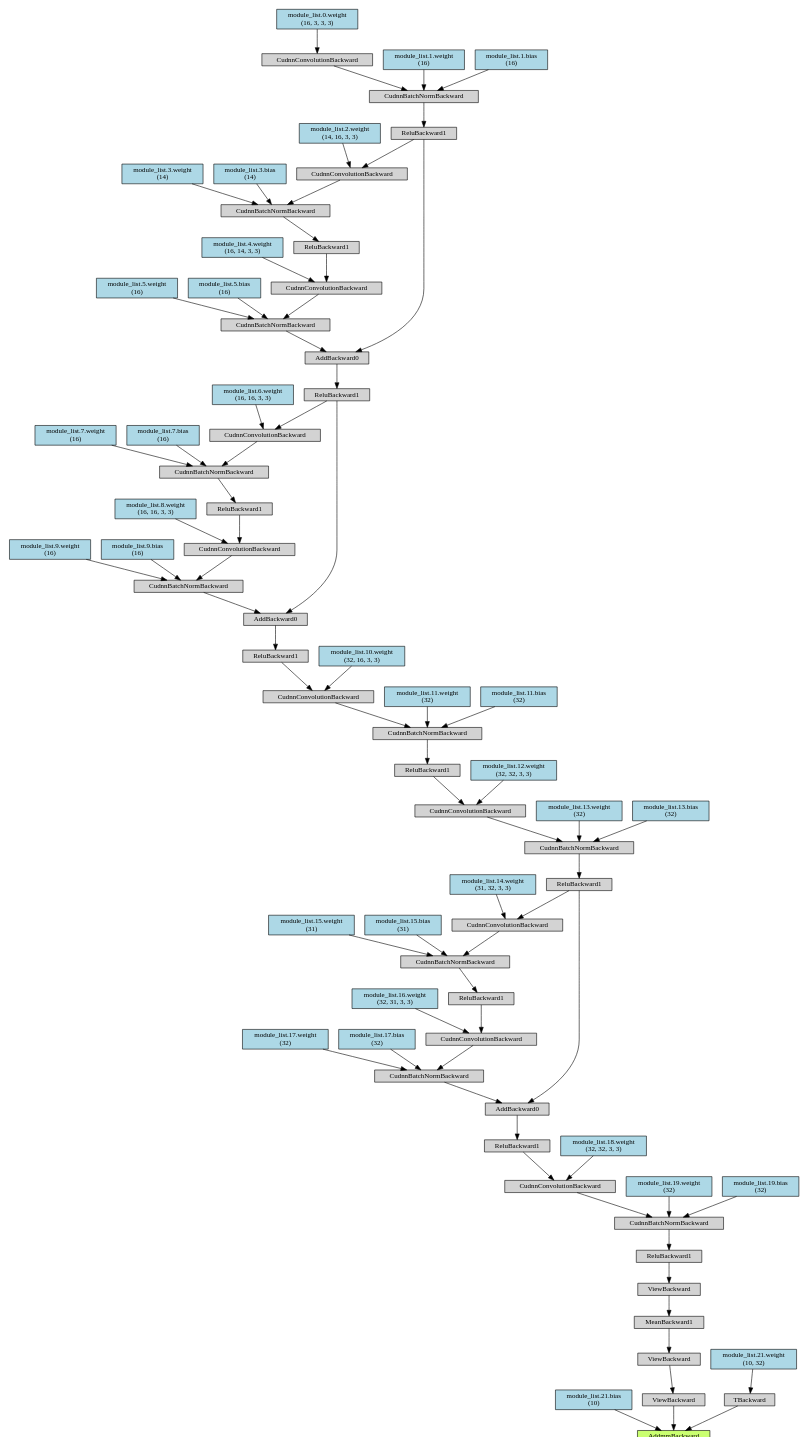
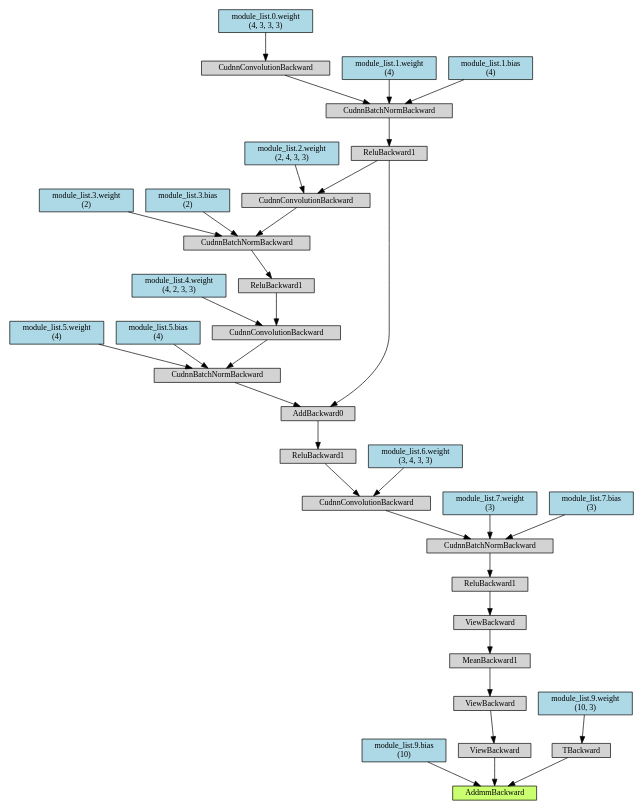
The diagram in PruneTrain14_0.dot (j3ssi/MA_Source), drawn with Graphviz before and after one commit. The commit also changed 191 other files, not shown here.

```diff
--- a/PruneTrain14_0.dot
+++ b/PruneTrain14_0.dot
@@ -1,180 +1,84 @@
 digraph {
-	graph [size="21.599999999999998,21.599999999999998"]
+	graph [size="12,12"]
 	node [align=left fontsize=12 height=0.2 ranksep=0.1 shape=box style=filled]
-	140712356650064 [label=AddmmBackward fillcolor=darkolivegreen1]
-	140712356648440 -> 140712356650064
-	140712356648440 [label="module_list.21.bias
+	140678842260616 [label=AddmmBackward fillcolor=darkolivegreen1]
+	140678836688208 -> 140678842260616
+	140678836688208 [label="module_list.9.bias
  (10)" fillcolor=lightblue]
-	140712356648608 -> 140712356650064
-	140712356648608 [label=ViewBackward]
-	140712256397944 -> 140712356648608
-	140712256397944 [label=ViewBackward]
-	140712256397384 -> 140712256397944
-	140712256397384 [label=MeanBackward1]
-	140712256398000 -> 140712256397384
-	140712256398000 [label=ViewBackward]
-	140712256398112 -> 140712256398000
-	140712256398112 [label=ReluBackward1]
-	140712256398224 -> 140712256398112
-	140712256398224 [label=CudnnBatchNormBackward]
-	140712256398392 -> 140712256398224
-	140712256398392 [label=CudnnConvolutionBackward]
-	140712256398616 -> 140712256398392
-	140712256398616 [label=ReluBackward1]
-	140712256398784 -> 140712256398616
-	140712256398784 [label=AddBackward0]
-	140712256398952 -> 140712256398784
-	140712256398952 [label=ReluBackward1]
-	140712256399120 -> 140712256398952
-	140712256399120 [label=CudnnBatchNormBackward]
-	140712256399288 -> 140712256399120
-	140712256399288 [label=CudnnConvolutionBackward]
-	140712256399512 -> 140712256399288
-	140712256399512 [label=ReluBackward1]
-	140712256399680 -> 140712256399512
-	140712256399680 [label=CudnnBatchNormBackward]
-	140712256399848 -> 140712256399680
-	140712256399848 [label=CudnnConvolutionBackward]
-	140712256400072 -> 140712256399848
-	140712256400072 [label=ReluBackward1]
-	140712256400240 -> 140712256400072
-	140712256400240 [label=AddBackward0]
-	140712256400408 -> 140712256400240
-	140712256400408 [label=ReluBackward1]
-	140712256400576 -> 140712256400408
-	140712256400576 [label=AddBackward0]
-	140712256400744 -> 140712256400576
-	140712256400744 [label=ReluBackward1]
-	140712256400912 -> 140712256400744
-	140712256400912 [label=CudnnBatchNormBackward]
-	140712256401080 -> 140712256400912
-	140712256401080 [label=CudnnConvolutionBackward]
-	140712256401304 -> 140712256401080
-	140712256401304 [label="module_list.0.weight
- (16, 3, 3, 3)" fillcolor=lightblue]
-	140712256401136 -> 140712256400912
-	140712256401136 [label="module_list.1.weight
- (16)" fillcolor=lightblue]
-	140712256401192 -> 140712256400912
-	140712256401192 [label="module_list.1.bias
- (16)" fillcolor=lightblue]
-	140712256400800 -> 140712256400576
-	140712256400800 [label=CudnnBatchNormBackward]
-	140712256400968 -> 140712256400800
-	140712256400968 [label=CudnnConvolutionBackward]
-	140711011250248 -> 140712256400968
-	140711011250248 [label=ReluBackward1]
-	140711011250472 -> 140711011250248
-	140711011250472 [label=CudnnBatchNormBackward]
-	140711011250584 -> 140711011250472
-	140711011250584 [label=CudnnConvolutionBackward]
-	140712256400744 -> 140711011250584
-	140711011250808 -> 140711011250584
-	140711011250808 [label="module_list.2.weight
- (14, 16, 3, 3)" fillcolor=lightblue]
-	140711011250640 -> 140711011250472
-	140711011250640 [label="module_list.3.weight
- (14)" fillcolor=lightblue]
-	140711011250696 -> 140711011250472
-	140711011250696 [label="module_list.3.bias
- (14)" fillcolor=lightblue]
-	140711011250360 -> 140712256400968
-	140711011250360 [label="module_list.4.weight
- (16, 14, 3, 3)" fillcolor=lightblue]
-	140712256401248 -> 140712256400800
-	140712256401248 [label="module_list.5.weight
- (16)" fillcolor=lightblue]
-	140712256401360 -> 140712256400800
-	140712256401360 [label="module_list.5.bias
- (16)" fillcolor=lightblue]
-	140712256400464 -> 140712256400240
-	140712256400464 [label=CudnnBatchNormBackward]
-	140712256400632 -> 140712256400464
-	140712256400632 [label=CudnnConvolutionBackward]
-	140711011250752 -> 140712256400632
-	140711011250752 [label=ReluBackward1]
-	140711011250976 -> 140711011250752
-	140711011250976 [label=CudnnBatchNormBackward]
-	140711011250920 -> 140711011250976
-	140711011250920 [label=CudnnConvolutionBackward]
-	140712256400408 -> 140711011250920
-	140711011251256 -> 140711011250920
-	140711011251256 [label="module_list.6.weight
- (16, 16, 3, 3)" fillcolor=lightblue]
-	140711011251088 -> 140711011250976
-	140711011251088 [label="module_list.7.weight
- (16)" fillcolor=lightblue]
-	140711011251144 -> 140711011250976
-	140711011251144 [label="module_list.7.bias
- (16)" fillcolor=lightblue]
-	140711011250864 -> 140712256400632
-	140711011250864 [label="module_list.8.weight
- (16, 16, 3, 3)" fillcolor=lightblue]
-	140712256400856 -> 140712256400464
-	140712256400856 [label="module_list.9.weight
- (16)" fillcolor=lightblue]
-	140711011250304 -> 140712256400464
-	140711011250304 [label="module_list.9.bias
- (16)" fillcolor=lightblue]
-	140712256400128 -> 140712256399848
-	140712256400128 [label="module_list.10.weight
- (32, 16, 3, 3)" fillcolor=lightblue]
-	140712256399904 -> 140712256399680
-	140712256399904 [label="module_list.11.weight
- (32)" fillcolor=lightblue]
-	140712256399960 -> 140712256399680
-	140712256399960 [label="module_list.11.bias
- (32)" fillcolor=lightblue]
-	140712256399568 -> 140712256399288
-	140712256399568 [label="module_list.12.weight
- (32, 32, 3, 3)" fillcolor=lightblue]
-	140712256399344 -> 140712256399120
-	140712256399344 [label="module_list.13.weight
- (32)" fillcolor=lightblue]
-	140712256399400 -> 140712256399120
-	140712256399400 [label="module_list.13.bias
- (32)" fillcolor=lightblue]
-	140712256399008 -> 140712256398784
-	140712256399008 [label=CudnnBatchNormBackward]
-	140712256399176 -> 140712256399008
-	140712256399176 [label=CudnnConvolutionBackward]
-	140712256400184 -> 140712256399176
-	140712256400184 [label=ReluBackward1]
-	140712256400296 -> 140712256400184
-	140712256400296 [label=CudnnBatchNormBackward]
-	140711011250528 -> 140712256400296
-	140711011250528 [label=CudnnConvolutionBackward]
-	140712256398952 -> 140711011250528
-	140711011251424 -> 140711011250528
-	140711011251424 [label="module_list.14.weight
- (31, 32, 3, 3)" fillcolor=lightblue]
-	140711011251200 -> 140712256400296
-	140711011251200 [label="module_list.15.weight
- (31)" fillcolor=lightblue]
-	140711011251312 -> 140712256400296
-	140711011251312 [label="module_list.15.bias
- (31)" fillcolor=lightblue]
-	140712256399736 -> 140712256399176
-	140712256399736 [label="module_list.16.weight
- (32, 31, 3, 3)" fillcolor=lightblue]
-	140712256399456 -> 140712256399008
-	140712256399456 [label="module_list.17.weight
- (32)" fillcolor=lightblue]
-	140712256399624 -> 140712256399008
-	140712256399624 [label="module_list.17.bias
- (32)" fillcolor=lightblue]
-	140712256398672 -> 140712256398392
-	140712256398672 [label="module_list.18.weight
- (32, 32, 3, 3)" fillcolor=lightblue]
-	140712256398448 -> 140712256398224
-	140712256398448 [label="module_list.19.weight
- (32)" fillcolor=lightblue]
-	140712256398504 -> 140712256398224
-	140712256398504 [label="module_list.19.bias
- (32)" fillcolor=lightblue]
-	140712356649224 -> 140712356650064
-	140712356649224 [label=TBackward]
-	140712256397440 -> 140712356649224
-	140712256397440 [label="module_list.21.weight
- (10, 32)" fillcolor=lightblue]
+	140678836686976 -> 140678842260616
+	140678836686976 [label=ViewBackward]
+	140678836687816 -> 140678836686976
+	140678836687816 [label=ViewBackward]
+	140678836690672 -> 140678836687816
+	140678836690672 [label=MeanBackward1]
+	140678836688096 -> 140678836690672
+	140678836688096 [label=ViewBackward]
+	140678836689832 -> 140678836688096
+	140678836689832 [label=ReluBackward1]
+	140678836690280 -> 140678836689832
+	140678836690280 [label=CudnnBatchNormBackward]
+	140678840790936 -> 140678836690280
+	140678840790936 [label=CudnnConvolutionBackward]
+	140678840790544 -> 140678840790936
+	140678840790544 [label=ReluBackward1]
+	140678840788472 -> 140678840790544
+	140678840788472 [label=AddBackward0]
+	140678840789312 -> 140678840788472
+	140678840789312 [label=ReluBackward1]
+	140678840790880 -> 140678840789312
+	140678840790880 [label=CudnnBatchNormBackward]
+	140678840788920 -> 140678840790880
+	140678840788920 [label=CudnnConvolutionBackward]
+	140678840789536 -> 140678840788920
+	140678840789536 [label="module_list.0.weight
+ (4, 3, 3, 3)" fillcolor=lightblue]
+	140678840789984 -> 140678840790880
+	140678840789984 [label="module_list.1.weight
+ (4)" fillcolor=lightblue]
+	140678840789928 -> 140678840790880
+	140678840789928 [label="module_list.1.bias
+ (4)" fillcolor=lightblue]
+	140678840790824 -> 140678840788472
+	140678840790824 [label=CudnnBatchNormBackward]
+	140678840790768 -> 140678840790824
+	140678840790768 [label=CudnnConvolutionBackward]
+	140678840788024 -> 140678840790768
+	140678840788024 [label=ReluBackward1]
+	140678840788808 -> 140678840788024
+	140678840788808 [label=CudnnBatchNormBackward]
+	140678840787688 -> 140678840788808
+	140678840787688 [label=CudnnConvolutionBackward]
+	140678840789312 -> 140678840787688
+	140678840789032 -> 140678840787688
+	140678840789032 [label="module_list.2.weight
+ (2, 4, 3, 3)" fillcolor=lightblue]
+	140678840789368 -> 140678840788808
+	140678840789368 [label="module_list.3.weight
+ (2)" fillcolor=lightblue]
+	140678840789256 -> 140678840788808
+	140678840789256 [label="module_list.3.bias
+ (2)" fillcolor=lightblue]
+	140678840788528 -> 140678840790768
+	140678840788528 [label="module_list.4.weight
+ (4, 2, 3, 3)" fillcolor=lightblue]
+	140678840789648 -> 140678840790824
+	140678840789648 [label="module_list.5.weight
+ (4)" fillcolor=lightblue]
+	140678840789088 -> 140678840790824
+	140678840789088 [label="module_list.5.bias
+ (4)" fillcolor=lightblue]
+	140678840787856 -> 140678840790936
+	140678840787856 [label="module_list.6.weight
+ (3, 4, 3, 3)" fillcolor=lightblue]
+	140678840790208 -> 140678836690280
+	140678840790208 [label="module_list.7.weight
+ (3)" fillcolor=lightblue]
+	140678840790712 -> 140678836690280
+	140678840790712 [label="module_list.7.bias
+ (3)" fillcolor=lightblue]
+	140678836687368 -> 140678842260616
+	140678836687368 [label=TBackward]
+	140678836688600 -> 140678836687368
+	140678836688600 [label="module_list.9.weight
+ (10, 3)" fillcolor=lightblue]
 }
```
